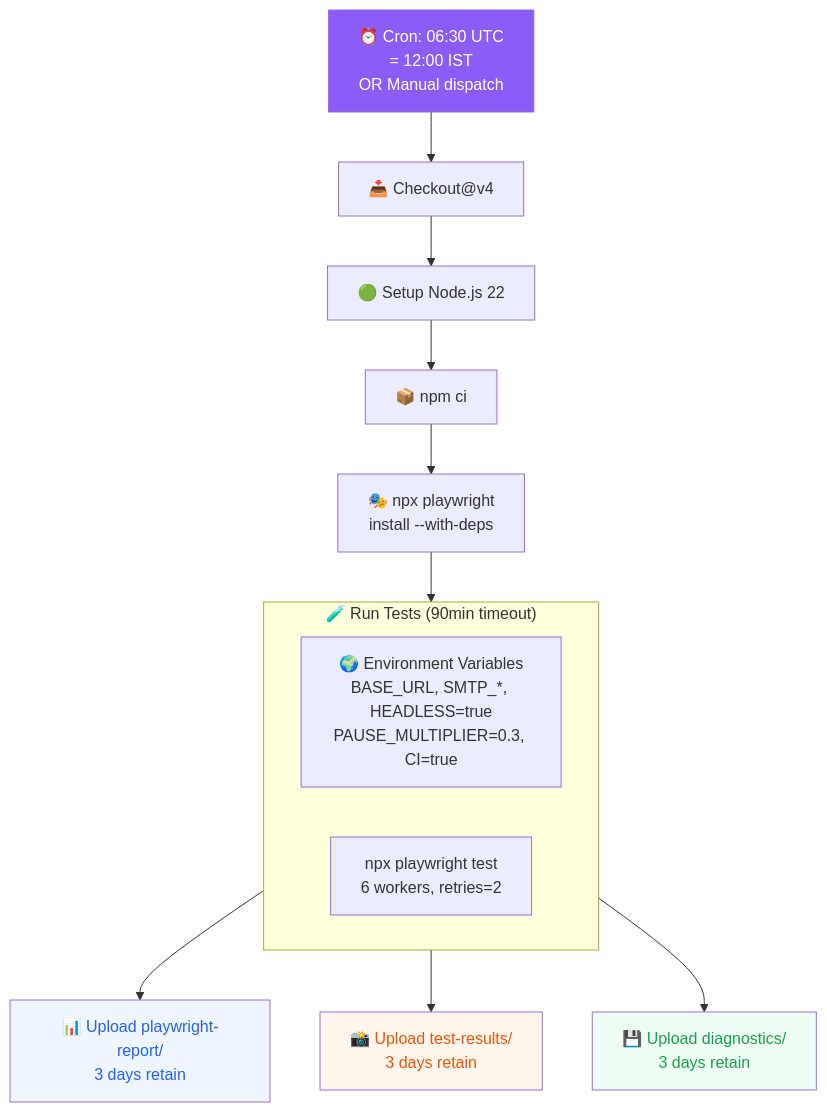
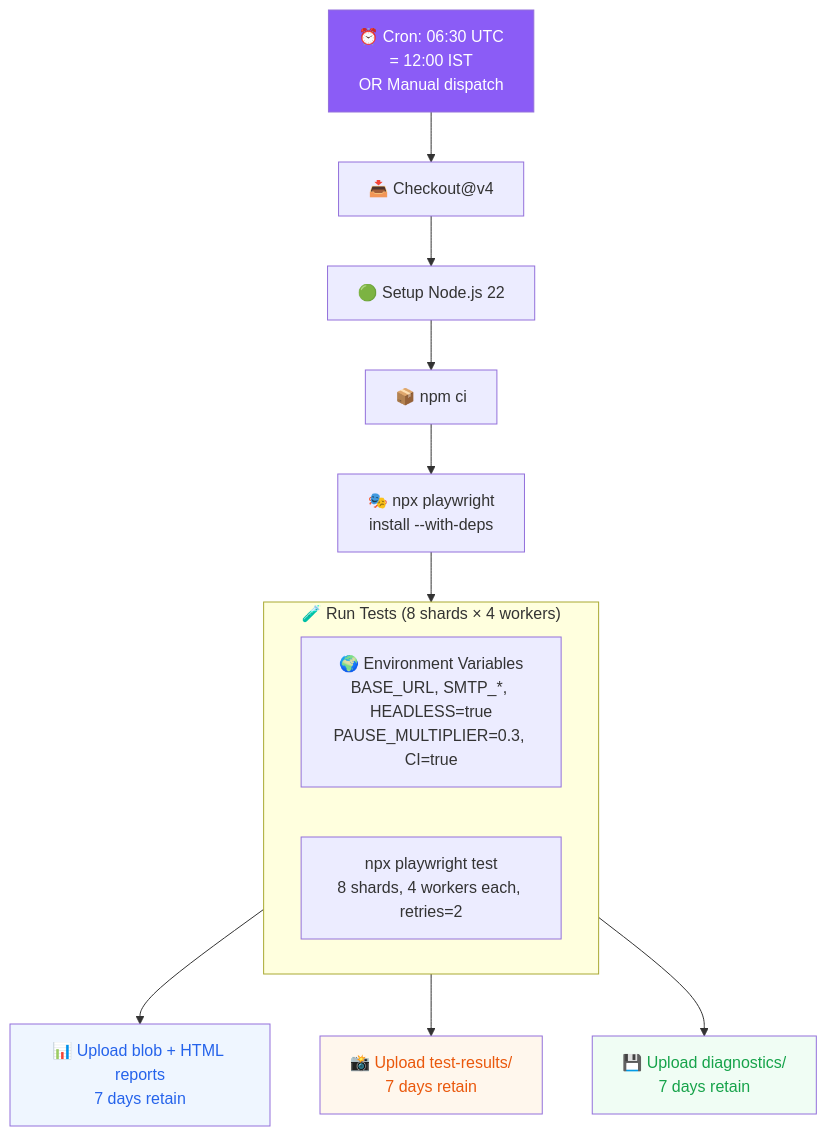
Before and after one commit to GeoWGS84-Testing/datastore84-new-testing: diagram 23 of 24 in README.md, drawn with Mermaid. The commit also changed other lines of this file and 3 other files, not shown here.

````diff
--- a/README.md
+++ b/README.md
@@ -1007,26 +1036,26 @@
 ```mermaid
 flowchart TD
     TRIGGER["⏰ Cron: 06:30 UTC<br/>= 12:00 IST<br/>OR Manual dispatch"] --> CHECKOUT
     CHECKOUT["📥 Checkout@v4"] --> NODE
     NODE["🟢 Setup Node.js 22"] --> NPMCI
     NPMCI["📦 npm ci"] --> PWINSTALL
     PWINSTALL["🎭 npx playwright<br/>install --with-deps"] --> RUN
 
-    subgraph RUN["🧪 Run Tests (90min timeout)"]
+    subgraph RUN["🧪 Run Tests (8 shards × 4 workers)"]
         ENV["🌍 Environment Variables<br/>BASE_URL, SMTP_*, HEADLESS=true<br/>PAUSE_MULTIPLIER=0.3, CI=true"]
-        CMD["npx playwright test<br/>6 workers, retries=2"]
+        CMD["npx playwright test<br/>8 shards, 4 workers each, retries=2"]
     end
 
     RUN --> ART1
     RUN --> ART2
     RUN --> ART3
 
-    ART1["📊 Upload playwright-report/<br/>3 days retain"]
-    ART2["📸 Upload test-results/<br/>3 days retain"]
-    ART3["💾 Upload diagnostics/<br/>3 days retain"]
+    ART1["📊 Upload blob + HTML reports<br/>7 days retain"]
+    ART2["📸 Upload test-results/<br/>7 days retain"]
+    ART3["💾 Upload diagnostics/<br/>7 days retain"]
 
     style TRIGGER fill:#8b5cf6,color:#fff
     style ART1 fill:#eff6ff,color:#2563eb
     style ART2 fill:#fff7ed,color:#ea580c
     style ART3 fill:#f0fdf4,color:#16a34a
 ```
````
